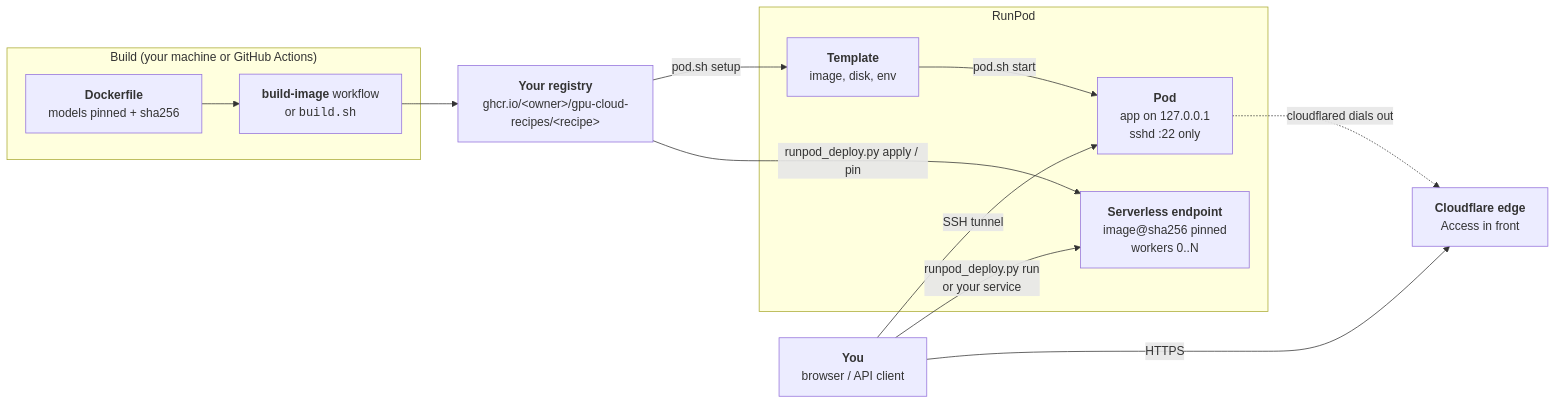
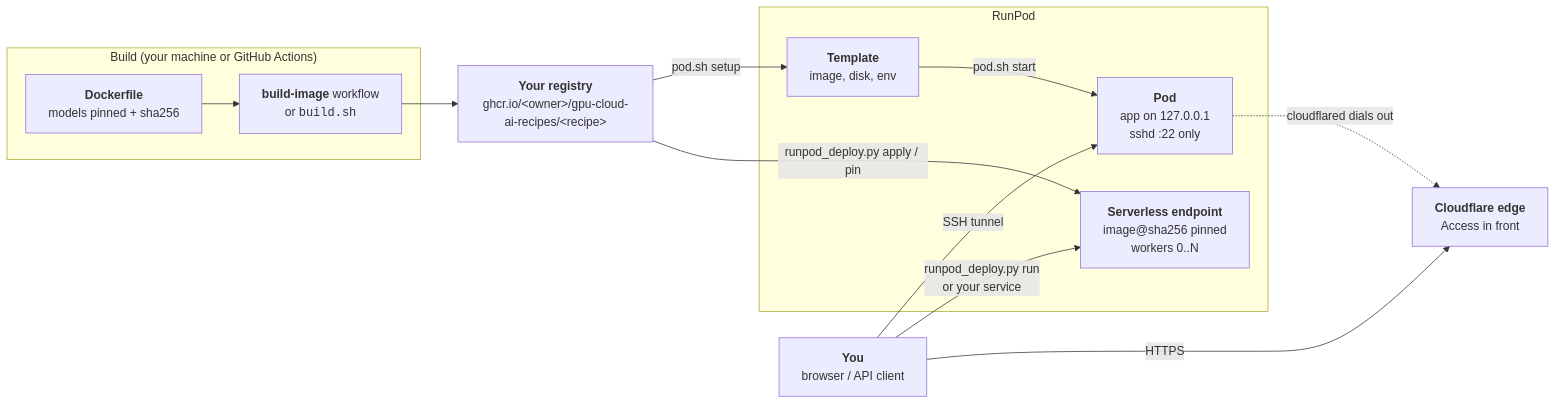
The diagram in README.md (BitWise-0x/GPU-Cloud-Ai-recipes), drawn with Mermaid before and after one commit. The commit also changed other lines of this file and 8 other files, not shown here.

First line of the commit message:
Use the GPU-Cloud-Ai-recipes name and keep README commands on short lines

````diff
--- a/README.md
+++ b/README.md
@@ -131,27 +133,27 @@
 ```mermaid
 graph LR
     subgraph Build["Build (your machine or GitHub Actions)"]
         df["<b>Dockerfile</b><br>models pinned + sha256"]
         gha["<b>build-image</b> workflow<br>or <code>build.sh</code>"]
     end
 
-    reg["<b>Your registry</b><br>ghcr.io/&lt;owner&gt;/gpu-cloud-recipes/&lt;recipe&gt;"]
+    reg["<b>Your registry</b><br>ghcr.io/&lt;owner&gt;/gpu-cloud-ai-recipes/&lt;recipe&gt;"]
 
     subgraph RunPod
         tpl["<b>Template</b><br>image, disk, env"]
         pod["<b>Pod</b><br>app on 127.0.0.1<br>sshd :22 only"]
         ep["<b>Serverless endpoint</b><br>image@sha256 pinned<br>workers 0..N"]
     end
 
     you["<b>You</b><br>browser / API client"]
     cf["<b>Cloudflare edge</b><br>Access in front"]
 
     df --> gha --> reg
     reg -->|"pod.sh setup"| tpl
     tpl -->|"pod.sh start"| pod
     reg -->|"runpod_deploy.py apply / pin"| ep
     you -->|"SSH tunnel"| pod
     you -->|"HTTPS"| cf
     pod -.->|"cloudflared dials out"| cf
     you -->|"runpod_deploy.py run<br>or your service"| ep
 ```
````
